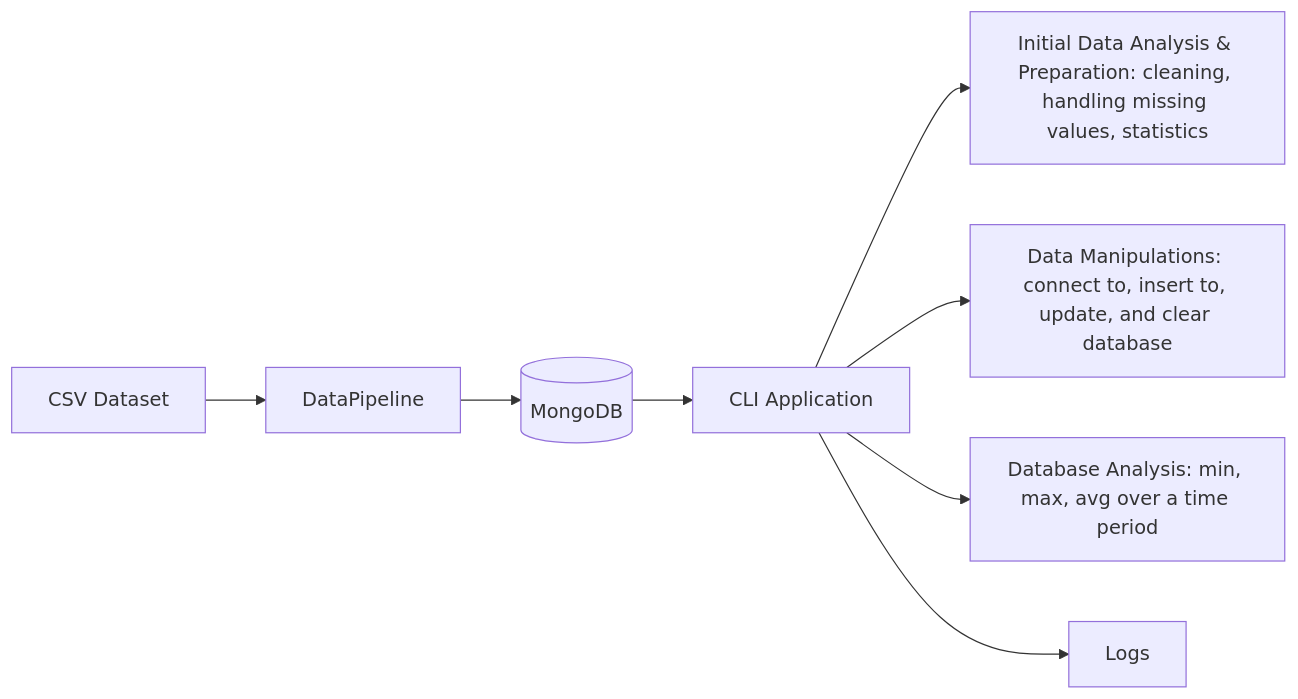
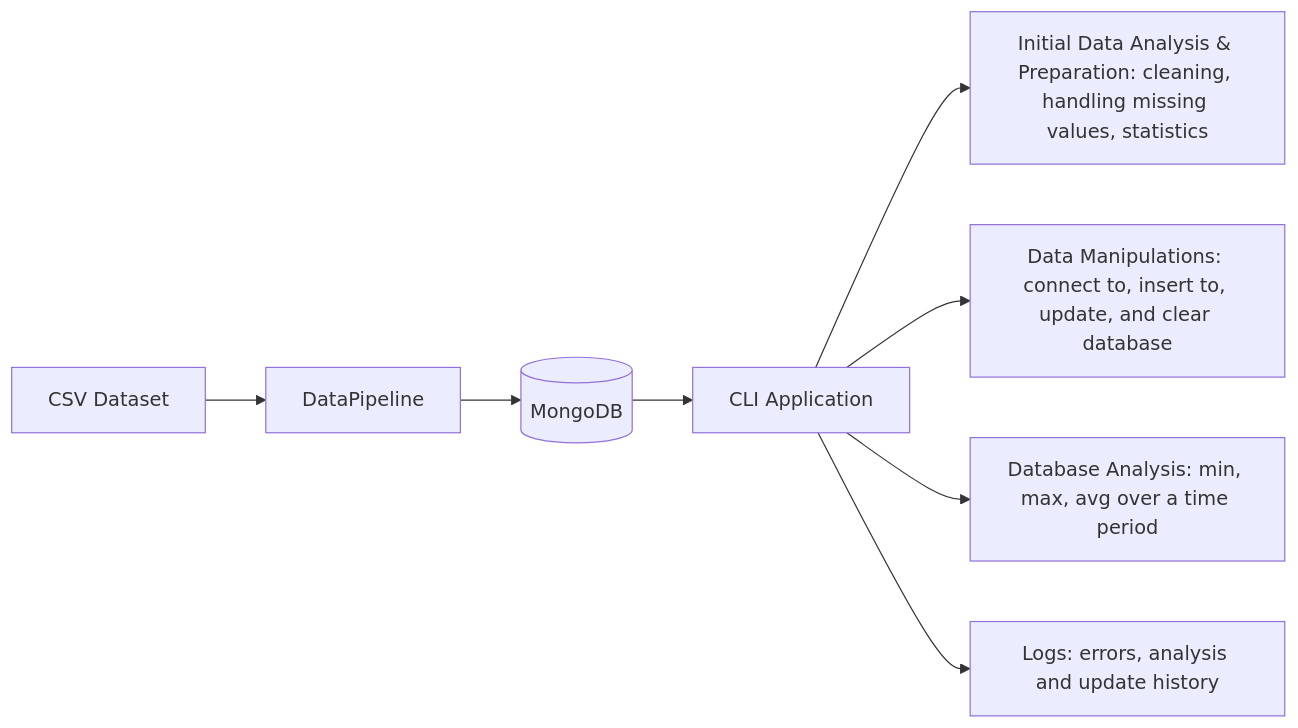
The diagram in README.md (tipofyzik/mongodb_for_storing_sensor_data), drawn with Mermaid before and after one commit.

````diff
--- a/README.md
+++ b/README.md
@@ -14,12 +14,12 @@
 ```mermaid
 flowchart LR
 
 A[CSV Dataset] --> B[DataPipeline]
 B --> C[(MongoDB)]
 C --> D[CLI Application]
 
 D --> E[Initial Data Analysis & Preparation: cleaning, handling missing values, statistics]
 D --> F[Data Manipulations: connect to, insert to, update, and clear database]
 D --> G[Database Analysis: min, max, avg over a time period]
-D --> H[Logs]
+D --> H[Logs: errors, analysis and update history]
 ```
````
